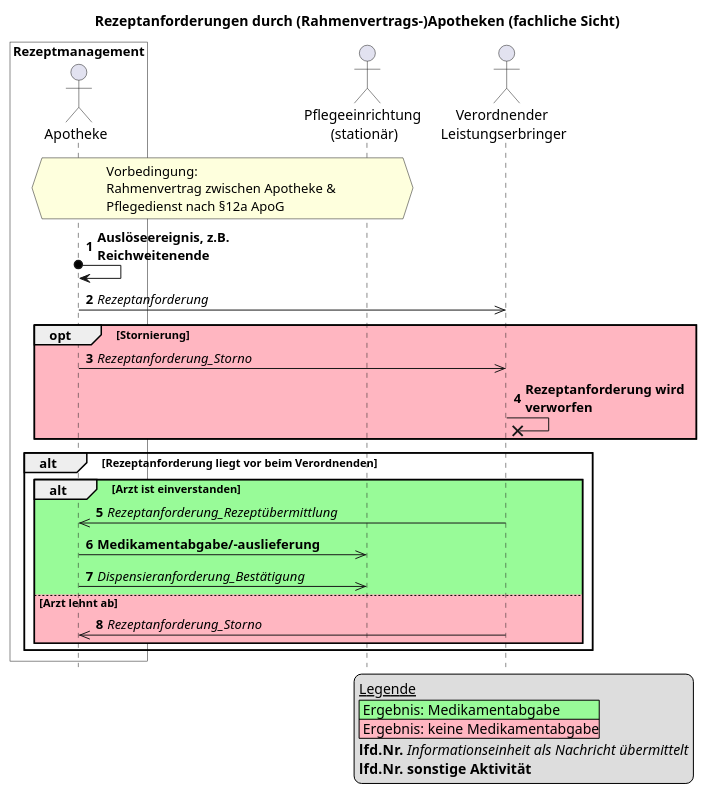
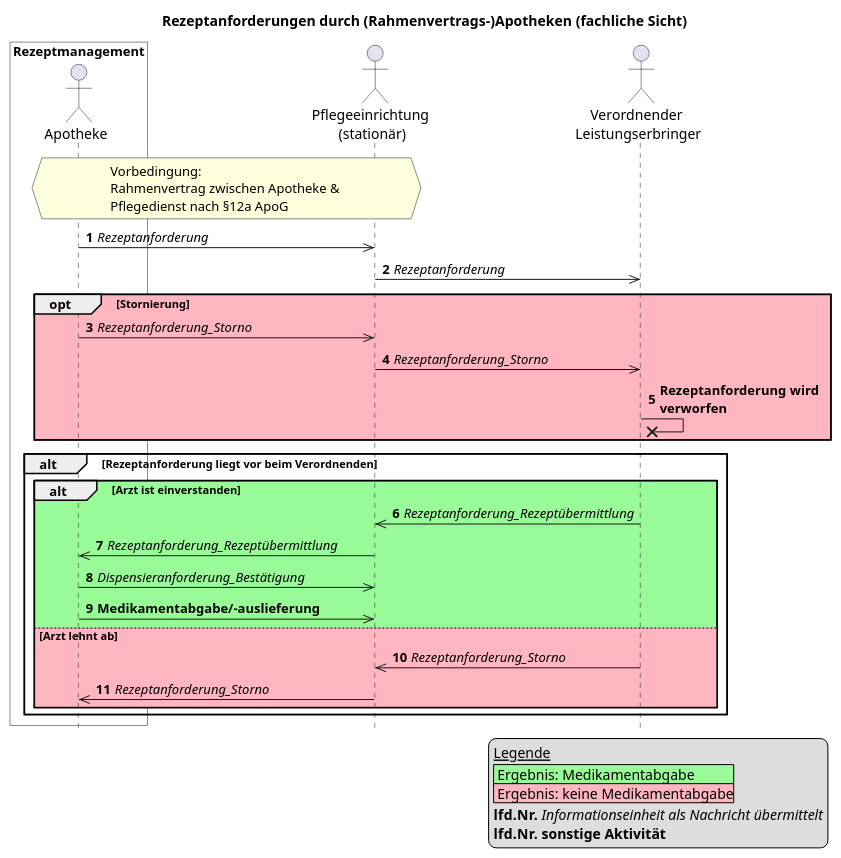
Before and after one commit to gematik/spec-E-Rezept-ServiceRequest: the diagram in Resources/puml/old/rezeptanforderung-stationaerepflege_apo-fachlich.puml, drawn with PlantUML. The commit also changed 2 other files, not shown here.

```diff
--- a/Resources/puml/old/rezeptanforderung-stationaerepflege_apo-fachlich.puml
+++ b/Resources/puml/old/rezeptanforderung-stationaerepflege_apo-fachlich.puml
@@ -1,49 +1,53 @@
 @startuml
 
 
 skinparam maxMessageSize 200
 
 box "Rezeptmanagement" #White
     actor Apotheke
 end box
 actor "Pflegeeinrichtung \n(stationär)" as Pflegeeinrichtung
 actor "Verordnender \nLeistungserbringer" as Arztpraxis
 
 title Rezeptanforderungen durch (Rahmenvertrags-)Apotheken (fachliche Sicht)
 hide footbox
 autonumber
 
 legend bottom right
     __Legende__
     |<#PaleGreen> Ergebnis: Medikamentabgabe|
     |<#LightPink> Ergebnis: keine Medikamentabgabe|
     **lfd.Nr.** //Informationseinheit als Nachricht übermittelt//
     **lfd.Nr.** **sonstige Aktivität**
 endlegend
 
 hnote over Apotheke, Pflegeeinrichtung
     Vorbedingung:
     Rahmenvertrag zwischen Apotheke & 
     Pflegedienst nach §12a ApoG
 end hnote
 
-Apotheke o-> Apotheke: **Auslöseereignis, z.B.** \n**Reichweitenende**
-Apotheke ->> Arztpraxis: //Rezeptanforderung//
+Apotheke ->> Pflegeeinrichtung: //Rezeptanforderung//
+Pflegeeinrichtung ->> Arztpraxis: //Rezeptanforderung//
 
 opt #LightPink Stornierung
-    Apotheke ->> Arztpraxis: //Rezeptanforderung_Storno//
+    Apotheke ->> Pflegeeinrichtung: //Rezeptanforderung_Storno//
+    Pflegeeinrichtung ->> Arztpraxis: //Rezeptanforderung_Storno//
+
     Arztpraxis ->x Arztpraxis: **Rezeptanforderung wird verworfen**
 end
 
 alt Rezeptanforderung liegt vor beim Verordnenden
     alt #PaleGreen Arzt ist einverstanden 
-        Arztpraxis ->> Apotheke: //Rezeptanforderung_Rezeptübermittlung//
+        Arztpraxis ->> Pflegeeinrichtung: //Rezeptanforderung_Rezeptübermittlung//
+        Pflegeeinrichtung ->> Apotheke: //Rezeptanforderung_Rezeptübermittlung//
+        Apotheke ->> Pflegeeinrichtung: //Dispensieranforderung_Bestätigung//
         Apotheke ->> Pflegeeinrichtung: **Medikamentabgabe/-auslieferung**
-        Apotheke ->> Pflegeeinrichtung: //Dispensieranforderung_Bestätigung//
 
     else #LightPink Arzt lehnt ab
-        Arztpraxis ->> Apotheke: //Rezeptanforderung_Storno//
+        Arztpraxis ->> Pflegeeinrichtung: //Rezeptanforderung_Storno//
+        Pflegeeinrichtung ->> Apotheke: //Rezeptanforderung_Storno//
     end
 end
 
 @enduml
```
